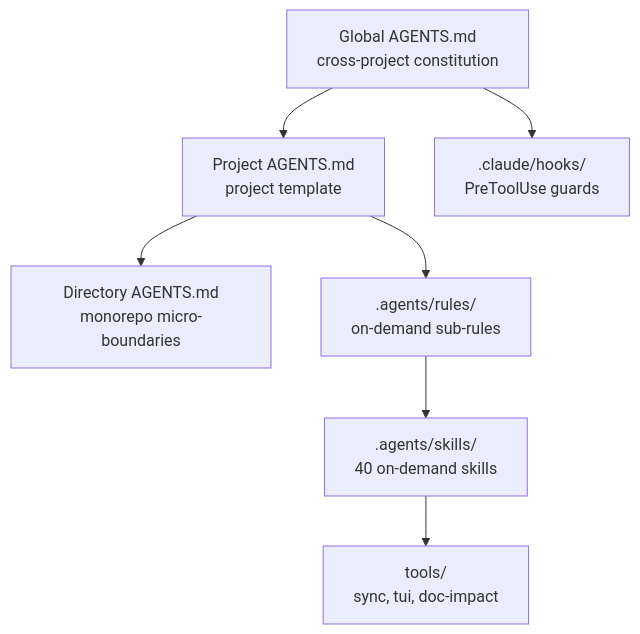
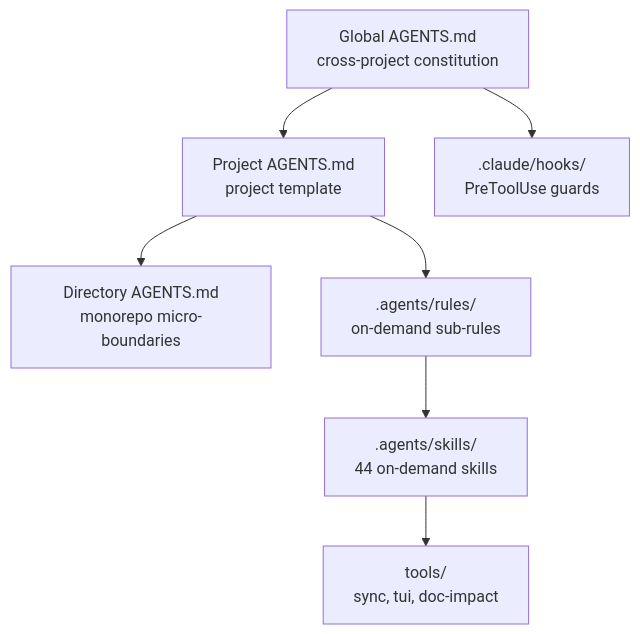
Before and after one commit to xusofty-cyber/agent-harness: the diagram in README.md, drawn with Mermaid. The commit also changed other lines of this file and 152 other files, not shown here.

````diff
--- a/README.md
+++ b/README.md
@@ -24,9 +22,9 @@
 ```mermaid
 graph TD
     G[Global AGENTS.md<br/>cross-project constitution] --> P[Project AGENTS.md<br/>project template]
     P --> D[Directory AGENTS.md<br/>monorepo micro-boundaries]
     P --> R[.agents/rules/<br/>on-demand sub-rules]
-    R --> S[.agents/skills/<br/>40 on-demand skills]
+    R --> S[.agents/skills/<br/>44 on-demand skills]
     G --> H[.claude/hooks/<br/>PreToolUse guards]
     S --> T[tools/<br/>sync, tui, doc-impact]
 ```
````
